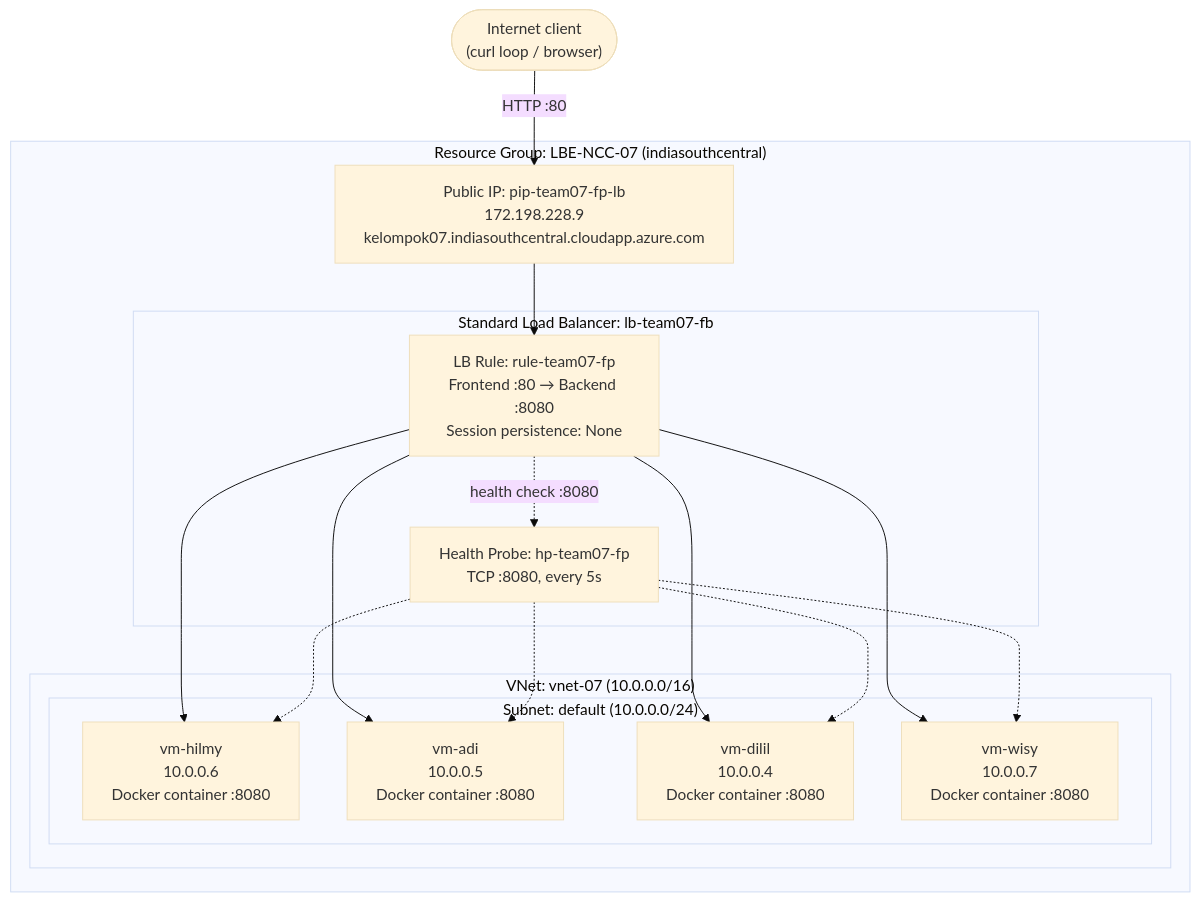
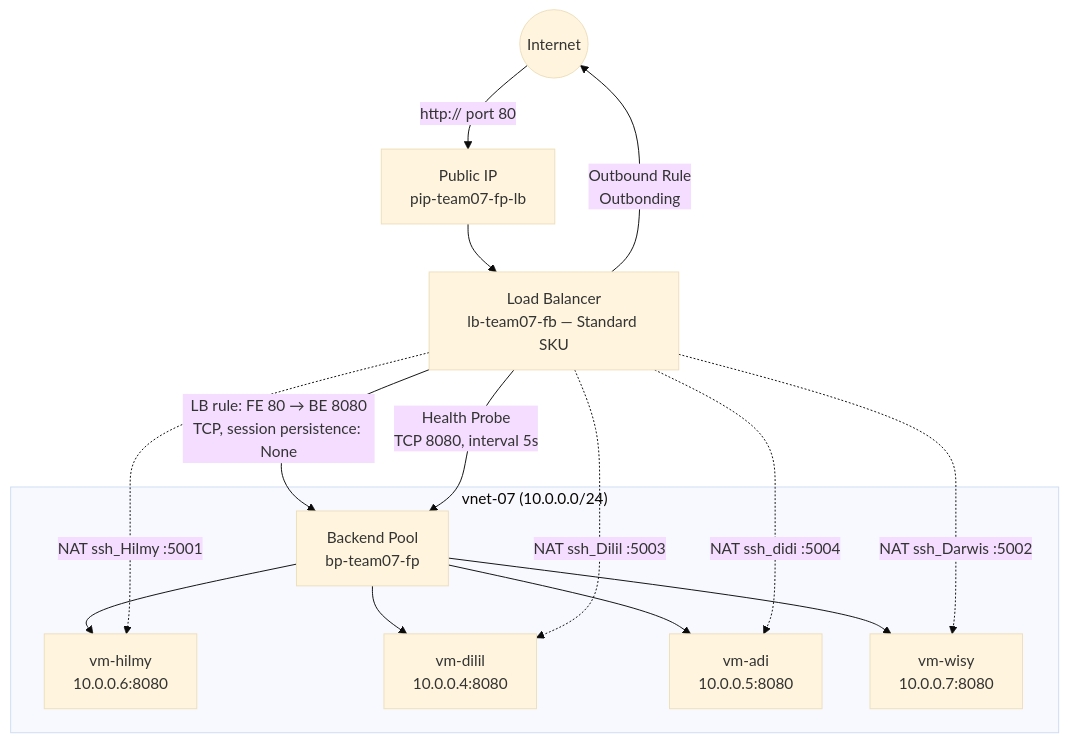
Before and after one commit to HilmyFausta/team-07-lbe-final: the diagram in README.md, drawn with Mermaid (base theme). The commit also changed other lines of this file and 1 other file, not shown here.

Commit message:
nambahin reaadme

````diff
--- a/README.md
+++ b/README.md
@@ -14,27 +13,21 @@
 ```mermaid
-flowchart TB
-    Internet(["Internet client<br/>(curl loop / browser)"])
+graph TD
+    Internet((Internet)) -->|http:// port 80| PIP[Public IP<br/>pip-team07-fp-lb]
+    PIP --> LB[Load Balancer<br/>lb-team07-fb — Standard SKU]
 
-    subgraph RG["Resource Group: LBE-NCC-07 (indiasouthcentral)"]
-        PIP["Public IP: pip-team07-fp-lb<br/>172.198.228.9<br/>kelompok07.indiasouthcentral.cloudapp.azure.com"]
+    LB -->|LB rule: FE 80 → BE 8080<br/>TCP, session persistence: None| BP[Backend Pool<br/>bp-team07-fp]
+    LB -->|Health Probe<br/>TCP 8080, interval 5s| BP
+    LB -->|Outbound Rule<br/>Outbonding| Internet
 
-        subgraph LB["Standard Load Balancer: lb-team07-fb"]
-            Rule["LB Rule: rule-team07-fp<br/>Frontend :80 → Backend :8080<br/>Session persistence: None"]
-            Probe["Health Probe: hp-team07-fp<br/>TCP :8080, every 5s"]
-        end
-
-        subgraph VNet["VNet: vnet-07 (10.0.0.0/16)"]
-            subgraph Subnet["Subnet: default (10.0.0.0/24)"]
-                VM1["vm-hilmy<br/>10.0.0.6<br/>Docker container :8080"]
-                VM2["vm-adi<br/>10.0.0.5<br/>Docker container :8080"]
-                VM3["vm-dilil<br/>10.0.0.4<br/>Docker container :8080"]
-                VM4["vm-wisy<br/>10.0.0.7<br/>Docker container :8080"]
-            end
-        end
+    subgraph VNet["vnet-07 (10.0.0.0/24)"]
+        BP --> VM1[vm-hilmy<br/>10.0.0.6:8080]
+        BP --> VM2[vm-dilil<br/>10.0.0.4:8080]
+        BP --> VM3[vm-adi<br/>10.0.0.5:8080]
+        BP --> VM4[vm-wisy<br/>10.0.0.7:8080]
     end
 
-    Internet -->|"HTTP :80"| PIP --> Rule
-    Rule -.->|"health check :8080"| Probe
-    Rule --> VM1 & VM2 & VM3 & VM4
-    Probe -.-> VM1 & VM2 & VM3 & VM4
+    LB -.->|NAT ssh_Hilmy :5001| VM1
+    LB -.->|NAT ssh_Dilil :5003| VM2
+    LB -.->|NAT ssh_didi :5004| VM3
+    LB -.->|NAT ssh_Darwis :5002| VM4
 ```
````
